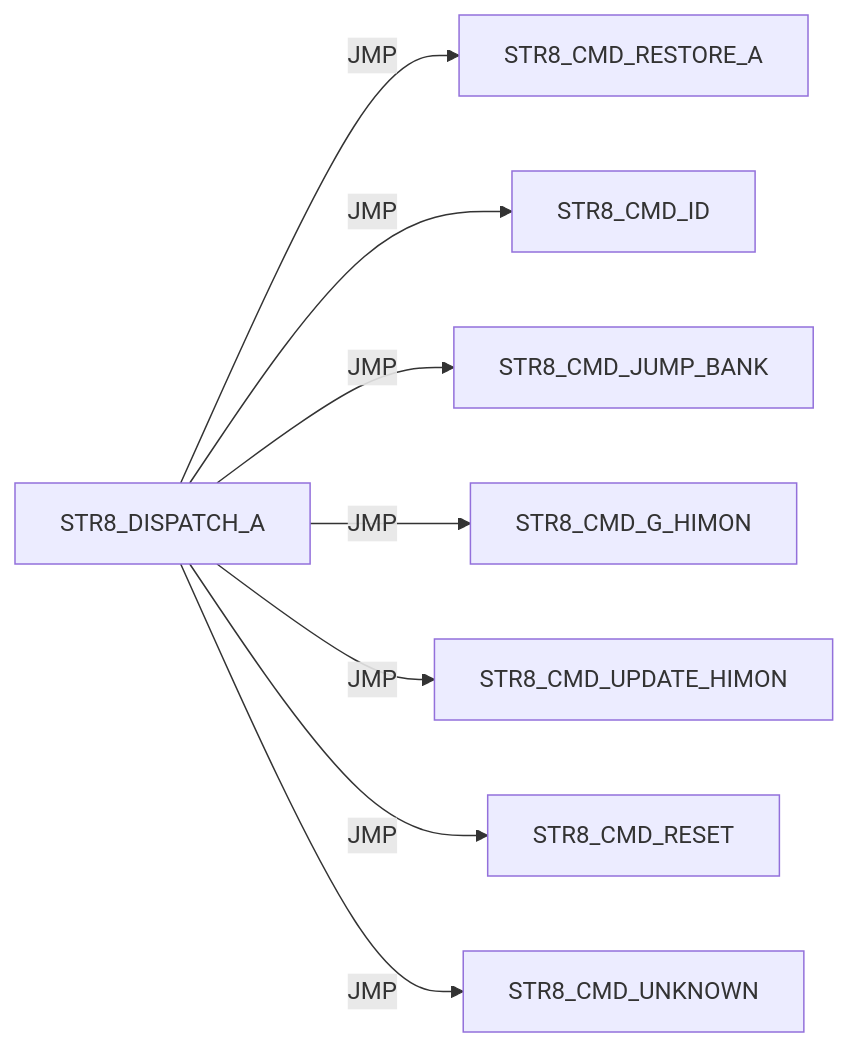
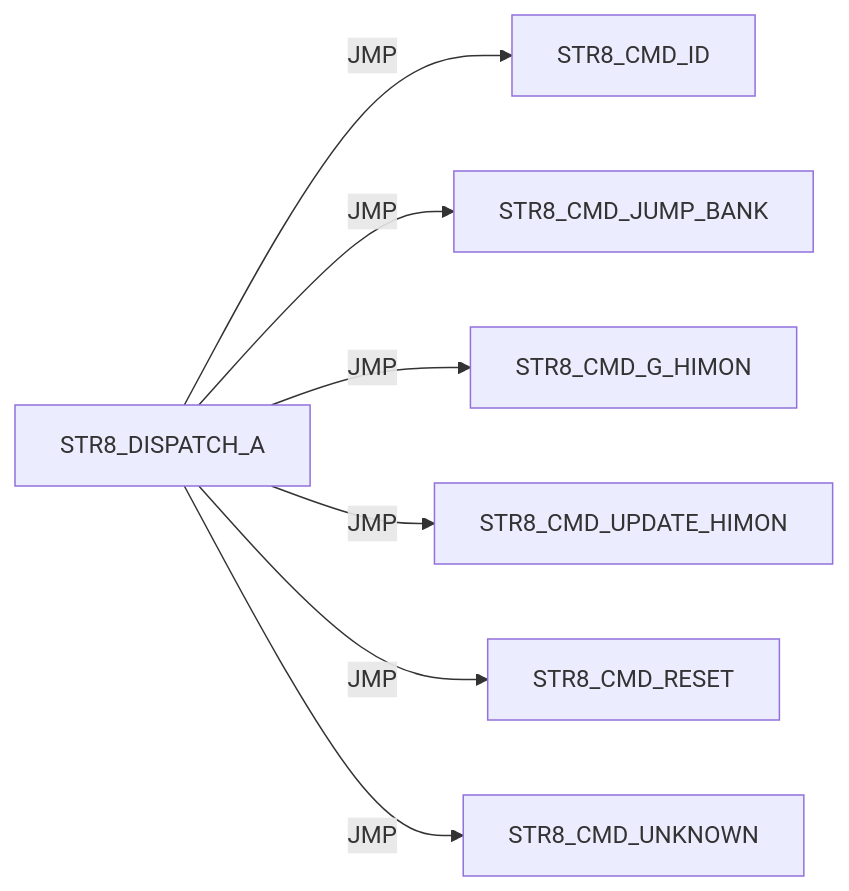
Diagram 12 of 38 in DOC/GUIDES/STR8/STR8_EDGE_DUMP.md (95westus/R-YORS), drawn with Mermaid before and after one commit. The commit also changed other lines of this file and 35 other files, not shown here.

````diff
--- a/DOC/GUIDES/STR8/STR8_EDGE_DUMP.md
+++ b/DOC/GUIDES/STR8/STR8_EDGE_DUMP.md
@@ -175,10 +160,9 @@
 ```mermaid
 flowchart LR
-    N0["STR8_DISPATCH_A"] -->|JMP| N1["STR8_CMD_RESTORE_A"]
-    N0["STR8_DISPATCH_A"] -->|JMP| N2["STR8_CMD_ID"]
-    N0["STR8_DISPATCH_A"] -->|JMP| N3["STR8_CMD_JUMP_BANK"]
-    N0["STR8_DISPATCH_A"] -->|JMP| N4["STR8_CMD_G_HIMON"]
-    N0["STR8_DISPATCH_A"] -->|JMP| N5["STR8_CMD_UPDATE_HIMON"]
-    N0["STR8_DISPATCH_A"] -->|JMP| N6["STR8_CMD_RESET"]
-    N0["STR8_DISPATCH_A"] -->|JMP| N7["STR8_CMD_UNKNOWN"]
+    N0["STR8_DISPATCH_A"] -->|JMP| N1["STR8_CMD_ID"]
+    N0["STR8_DISPATCH_A"] -->|JMP| N2["STR8_CMD_JUMP_BANK"]
+    N0["STR8_DISPATCH_A"] -->|JMP| N3["STR8_CMD_G_HIMON"]
+    N0["STR8_DISPATCH_A"] -->|JMP| N4["STR8_CMD_UPDATE_HIMON"]
+    N0["STR8_DISPATCH_A"] -->|JMP| N5["STR8_CMD_RESET"]
+    N0["STR8_DISPATCH_A"] -->|JMP| N6["STR8_CMD_UNKNOWN"]
 ```
````
